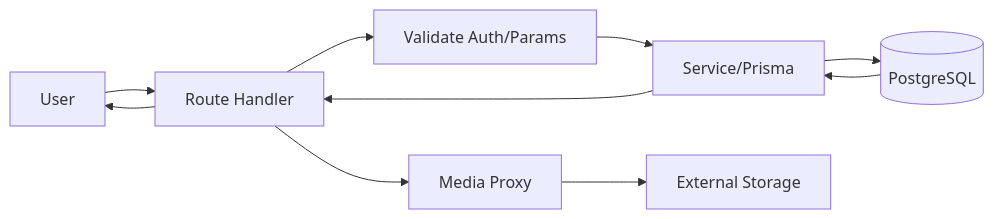
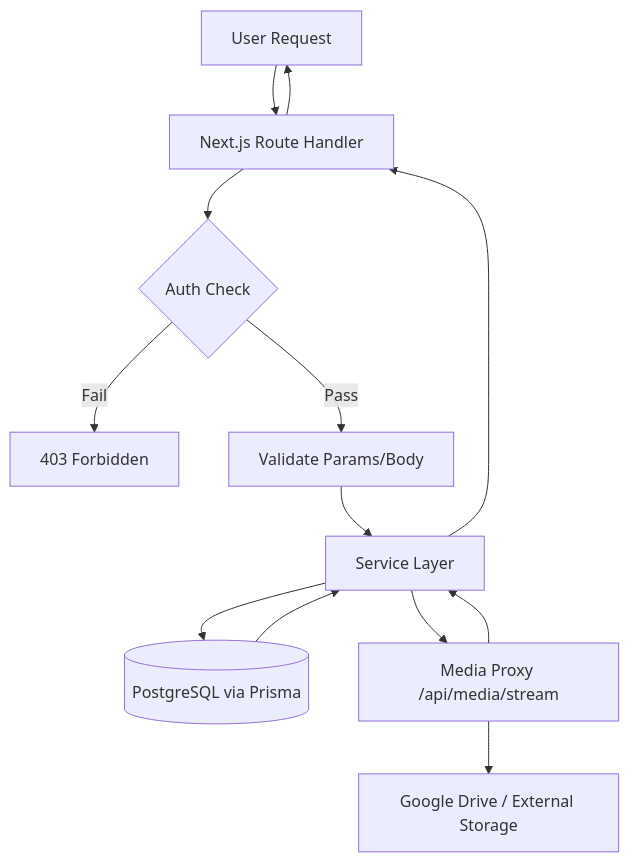
The second of 2 diagrams in README.md (KtsTrinh/acd-arc), drawn with Mermaid before and after one commit.

Commit message:
Nov 17, 2026, 2:57 PM

````diff
--- a/README.md
+++ b/README.md
@@ -30,12 +30,15 @@
 ```mermaid
-flowchart LR
-  U[User] --> R[Route Handler]
-  R --> V[Validate Auth/Params]
-  V --> S[Service/Prisma]
-  S --> DB[(PostgreSQL)]
+flowchart TD
+  U[User Request] --> R[Next.js Route Handler]
+  R --> Auth{Auth Check}
+  Auth -->|Fail| E403[403 Forbidden]
+  Auth -->|Pass| V[Validate Params/Body]
+  V --> S[Service Layer]
+  S --> DB[(PostgreSQL via Prisma)]
+  S --> MP[Media Proxy /api/media/stream]
+  MP --> EXT[Google Drive / External Storage]
   DB --> S
+  MP --> S
   S --> R
   R --> U
-  R --> M[Media Proxy]
-  M --> EXT[External Storage]
 ```
````
